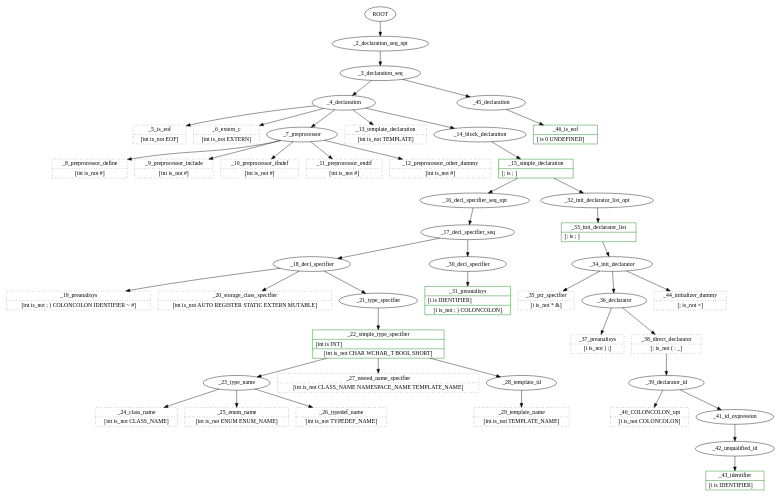
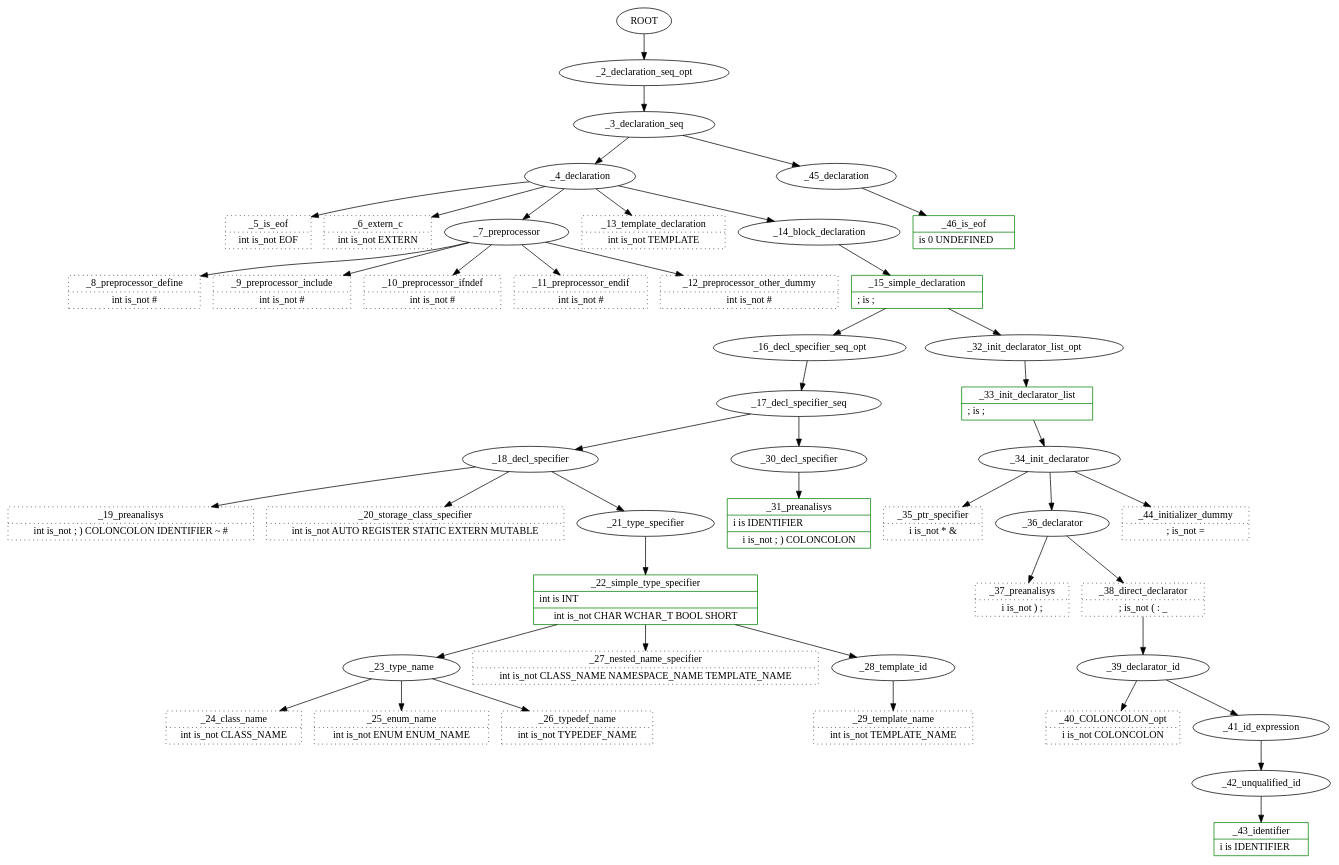
Before and after one commit to fructu/abidos_cpp_doc: the diagram in programmer_manual/chapter_architecture/examples/trace_book_01.cpp.gv, drawn with Graphviz. The commit also changed 4 other files, not shown here.

Commit message:
architecture explained annotated parse tree and his super set

```diff
--- a/programmer_manual/chapter_architecture/examples/trace_book_01.cpp.gv
+++ b/programmer_manual/chapter_architecture/examples/trace_book_01.cpp.gv
@@ -1,110 +1,96 @@
 /*
  cat /home/hevia/working/abidos/processor/test_out//trace_book_01.cpp.gv | dot -Tpng > /home/hevia/working/abidos/processor/test_out//trace_book_01.cpp.gv.png
 */
 digraph G {
-//        fontname = "Bitstream Vera Sans"
-//        fontname = "Technic"
-//        fontsize = 8
-
-        size="15,30!"
-
-        node [
-//                fontname = "Technic"
-//                fontsize = 10
-        ]
-
-        edge [
-//                fontname = "Technic"
-//                fontsize = 10
-        ]
-
-  ROOT[label="ROOT"]  _3_declaration_seq[label="_3_declaration_seq"]
+  ROOT[label="ROOT"]
+  _2_declaration_seq_opt[label="_2_declaration_seq_opt"]
+  _3_declaration_seq[label="_3_declaration_seq"]
   _4_declaration[label="_4_declaration"]
-  _5_is_eof[label="{_5_is_eof|[int\ is_not EOF]}", shape="record", color=black, style=dotted]
-  _6_extern_c[label="{_6_extern_c|[int\ is_not EXTERN]}", shape="record", color=black, style=dotted]
+  _5_is_eof[label="{_5_is_eof|int\ is_not EOF}", shape="record", color=black, style=dotted]
+  _6_extern_c[label="{_6_extern_c|int\ is_not EXTERN}", shape="record", color=black, style=dotted]
   _7_preprocessor[label="_7_preprocessor"]
-  _8_preprocessor_define[label="{_8_preprocessor_define|[int\ is_not #]}", shape="record", color=black, style=dotted]
-  _9_preprocessor_include[label="{_9_preprocessor_include|[int\ is_not #]}", shape="record", color=black, style=dotted]
-  _10_preprocessor_ifndef[label="{_10_preprocessor_ifndef|[int\ is_not #]}", shape="record", color=black, style=dotted]
-  _11_preprocessor_endif[label="{_11_preprocessor_endif|[int\ is_not #]}", shape="record", color=black, style=dotted]
-  _12_preprocessor_other_dummy[label="{_12_preprocessor_other_dummy|[int\ is_not #]}", shape="record", color=black, style=dotted]
-  _13_template_declaration[label="{_13_template_declaration|[int\ is_not TEMPLATE]}", shape="record", color=black, style=dotted]
+  _8_preprocessor_define[label="{_8_preprocessor_define|int\ is_not #}", shape="record", color=black, style=dotted]
+  _9_preprocessor_include[label="{_9_preprocessor_include|int\ is_not #}", shape="record", color=black, style=dotted]
+  _10_preprocessor_ifndef[label="{_10_preprocessor_ifndef|int\ is_not #}", shape="record", color=black, style=dotted]
+  _11_preprocessor_endif[label="{_11_preprocessor_endif|int\ is_not #}", shape="record", color=black, style=dotted]
+  _12_preprocessor_other_dummy[label="{_12_preprocessor_other_dummy|int\ is_not #}", shape="record", color=black, style=dotted]
+  _13_template_declaration[label="{_13_template_declaration|int\ is_not TEMPLATE}", shape="record", color=black, style=dotted]
   _14_block_declaration[label="_14_block_declaration"]
-  _15_simple_declaration[label="{_15_simple_declaration|[; is  ; ]\l}", shape="record", color=green]
+  _15_simple_declaration[label="{_15_simple_declaration|; is  ; \l}", shape="record", color=green]
   _16_decl_specifier_seq_opt[label="_16_decl_specifier_seq_opt"]
   _17_decl_specifier_seq[label="_17_decl_specifier_seq"]
   _18_decl_specifier[label="_18_decl_specifier"]
-  _19_preanalisys[label="{_19_preanalisys|[int\ is_not ;\ )\ COLONCOLON\ IDENTIFIER\ ~\ #]}", shape="record", color=black, style=dotted]
-  _20_storage_class_specifier[label="{_20_storage_class_specifier|[int\ is_not AUTO\ REGISTER\ STATIC\ EXTERN\ MUTABLE]}", shape="record", color=black, style=dotted]
+  _19_preanalisys[label="{_19_preanalisys|int\ is_not ;\ )\ COLONCOLON\ IDENTIFIER\ ~\ #}", shape="record", color=black, style=dotted]
+  _20_storage_class_specifier[label="{_20_storage_class_specifier|int\ is_not AUTO\ REGISTER\ STATIC\ EXTERN\ MUTABLE}", shape="record", color=black, style=dotted]
   _21_type_specifier[label="_21_type_specifier"]
-  _22_simple_type_specifier[label="{_22_simple_type_specifier|[int is INT]\l|[int\ is_not CHAR\ WCHAR_T\ BOOL\ SHORT]}", shape="record", color=green]
+  _22_simple_type_specifier[label="{_22_simple_type_specifier|int is INT\l|int\ is_not CHAR\ WCHAR_T\ BOOL\ SHORT}", shape="record", color=green]
   _23_type_name[label="_23_type_name"]
-  _24_class_name[label="{_24_class_name|[int\ is_not CLASS_NAME]}", shape="record", color=black, style=dotted]
-  _25_enum_name[label="{_25_enum_name|[int\ is_not ENUM\ ENUM_NAME]}", shape="record", color=black, style=dotted]
-  _26_typedef_name[label="{_26_typedef_name|[int\ is_not TYPEDEF_NAME]}", shape="record", color=black, style=dotted]
-  _27_nested_name_specifier[label="{_27_nested_name_specifier|[int\ is_not CLASS_NAME\ NAMESPACE_NAME\ TEMPLATE_NAME]}", shape="record", color=black, style=dotted]
+  _24_class_name[label="{_24_class_name|int\ is_not CLASS_NAME}", shape="record", color=black, style=dotted]
+  _25_enum_name[label="{_25_enum_name|int\ is_not ENUM\ ENUM_NAME}", shape="record", color=black, style=dotted]
+  _26_typedef_name[label="{_26_typedef_name|int\ is_not TYPEDEF_NAME}", shape="record", color=black, style=dotted]
+  _27_nested_name_specifier[label="{_27_nested_name_specifier|int\ is_not CLASS_NAME\ NAMESPACE_NAME\ TEMPLATE_NAME}", shape="record", color=black, style=dotted]
   _28_template_id[label="_28_template_id"]
-  _29_template_name[label="{_29_template_name|[int\ is_not TEMPLATE_NAME]}", shape="record", color=black, style=dotted]
+  _29_template_name[label="{_29_template_name|int\ is_not TEMPLATE_NAME}", shape="record", color=black, style=dotted]
   _30_decl_specifier[label="_30_decl_specifier"]
-  _31_preanalisys[label="{_31_preanalisys|[i is IDENTIFIER]\l|[i\ is_not ;\ )\ COLONCOLON]}", shape="record", color=green]
+  _31_preanalisys[label="{_31_preanalisys|i is IDENTIFIER\l|i\ is_not ;\ )\ COLONCOLON}", shape="record", color=green]
   _32_init_declarator_list_opt[label="_32_init_declarator_list_opt"]
-  _33_init_declarator_list[label="{_33_init_declarator_list|[; is  ; ]\l}", shape="record", color=green]
+  _33_init_declarator_list[label="{_33_init_declarator_list|; is  ; \l}", shape="record", color=green]
   _34_init_declarator[label="_34_init_declarator"]
-  _35_ptr_specifier[label="{_35_ptr_specifier|[i\ is_not *\ &]}", shape="record", color=black, style=dotted]
+  _35_ptr_specifier[label="{_35_ptr_specifier|i\ is_not *\ &}", shape="record", color=black, style=dotted]
   _36_declarator[label="_36_declarator"]
-  _37_preanalisys[label="{_37_preanalisys|[i\ is_not )\ ;]}", shape="record", color=black, style=dotted]
-  _38_direct_declarator[label="{_38_direct_declarator|[;\ is_not (\ \:\ \_]}", shape="record", color=black, style=dotted]
+  _37_preanalisys[label="{_37_preanalisys|i\ is_not )\ ;}", shape="record", color=black, style=dotted]
+  _38_direct_declarator[label="{_38_direct_declarator|;\ is_not (\ \:\ \_}", shape="record", color=black, style=dotted]
   _39_declarator_id[label="_39_declarator_id"]
-  _40_COLONCOLON_opt[label="{_40_COLONCOLON_opt|[i\ is_not COLONCOLON]}", shape="record", color=black, style=dotted]
+  _40_COLONCOLON_opt[label="{_40_COLONCOLON_opt|i\ is_not COLONCOLON}", shape="record", color=black, style=dotted]
   _41_id_expression[label="_41_id_expression"]
   _42_unqualified_id[label="_42_unqualified_id"]
-  _43_identifier[label="{_43_identifier|[i is IDENTIFIER]\l}", shape="record", color=green]
-  _44_initializer_dummy[label="{_44_initializer_dummy|[;\ is_not =]}", shape="record", color=black, style=dotted]
+  _43_identifier[label="{_43_identifier|i is IDENTIFIER\l}", shape="record", color=green]
+  _44_initializer_dummy[label="{_44_initializer_dummy|;\ is_not =}", shape="record", color=black, style=dotted]
   _45_declaration[label="_45_declaration"]
-  _46_is_eof[label="{_46_is_eof|[ is 0 UNDEFINED]\l}", shape="record", color=green]
+  _46_is_eof[label="{_46_is_eof| is 0 UNDEFINED\l}", shape="record", color=green]
   ROOT->_2_declaration_seq_opt;
   _2_declaration_seq_opt->_3_declaration_seq;
   _3_declaration_seq->_4_declaration;
   _4_declaration->_5_is_eof;
   _4_declaration->_6_extern_c;
   _4_declaration->_7_preprocessor;
   _7_preprocessor->_8_preprocessor_define;
   _7_preprocessor->_9_preprocessor_include;
   _7_preprocessor->_10_preprocessor_ifndef;
   _7_preprocessor->_11_preprocessor_endif;
   _7_preprocessor->_12_preprocessor_other_dummy;
   _4_declaration->_13_template_declaration;
   _4_declaration->_14_block_declaration;
   _14_block_declaration->_15_simple_declaration;
   _15_simple_declaration->_16_decl_specifier_seq_opt;
   _16_decl_specifier_seq_opt->_17_decl_specifier_seq;
   _17_decl_specifier_seq->_18_decl_specifier;
   _18_decl_specifier->_19_preanalisys;
   _18_decl_specifier->_20_storage_class_specifier;
   _18_decl_specifier->_21_type_specifier;
   _21_type_specifier->_22_simple_type_specifier;
   _22_simple_type_specifier->_23_type_name;
   _23_type_name->_24_class_name;
   _23_type_name->_25_enum_name;
   _23_type_name->_26_typedef_name;
   _22_simple_type_specifier->_27_nested_name_specifier;
   _22_simple_type_specifier->_28_template_id;
   _28_template_id->_29_template_name;
   _17_decl_specifier_seq->_30_decl_specifier;
   _30_decl_specifier->_31_preanalisys;
   _15_simple_declaration->_32_init_declarator_list_opt;
   _32_init_declarator_list_opt->_33_init_declarator_list;
   _33_init_declarator_list->_34_init_declarator;
   _34_init_declarator->_35_ptr_specifier;
   _34_init_declarator->_36_declarator;
   _36_declarator->_37_preanalisys;
   _36_declarator->_38_direct_declarator;
   _38_direct_declarator->_39_declarator_id;
   _39_declarator_id->_40_COLONCOLON_opt;
   _39_declarator_id->_41_id_expression;
   _41_id_expression->_42_unqualified_id;
   _42_unqualified_id->_43_identifier;
   _34_init_declarator->_44_initializer_dummy;
   _3_declaration_seq->_45_declaration;
   _45_declaration->_46_is_eof;
 }
```
